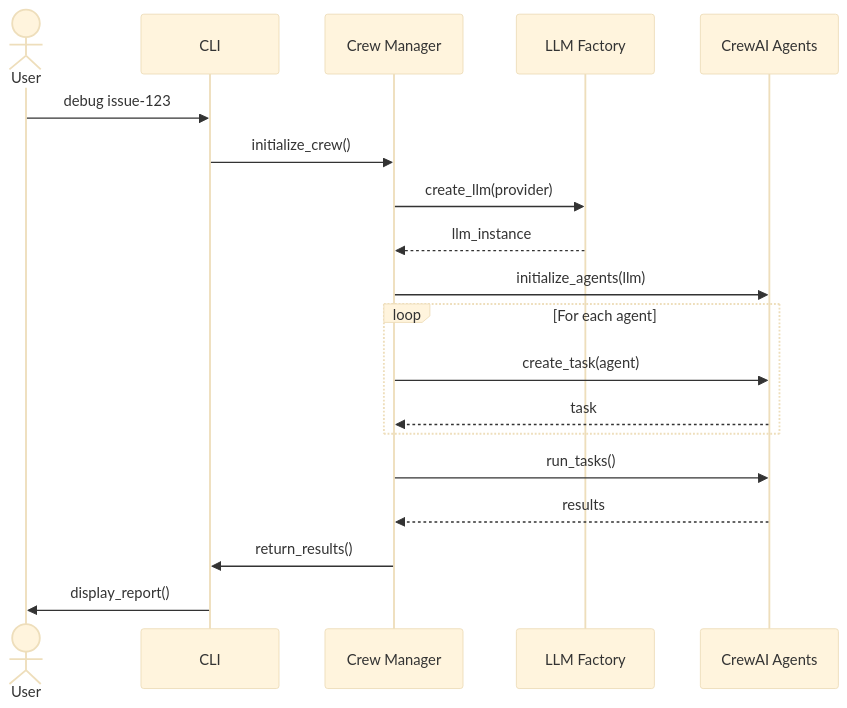
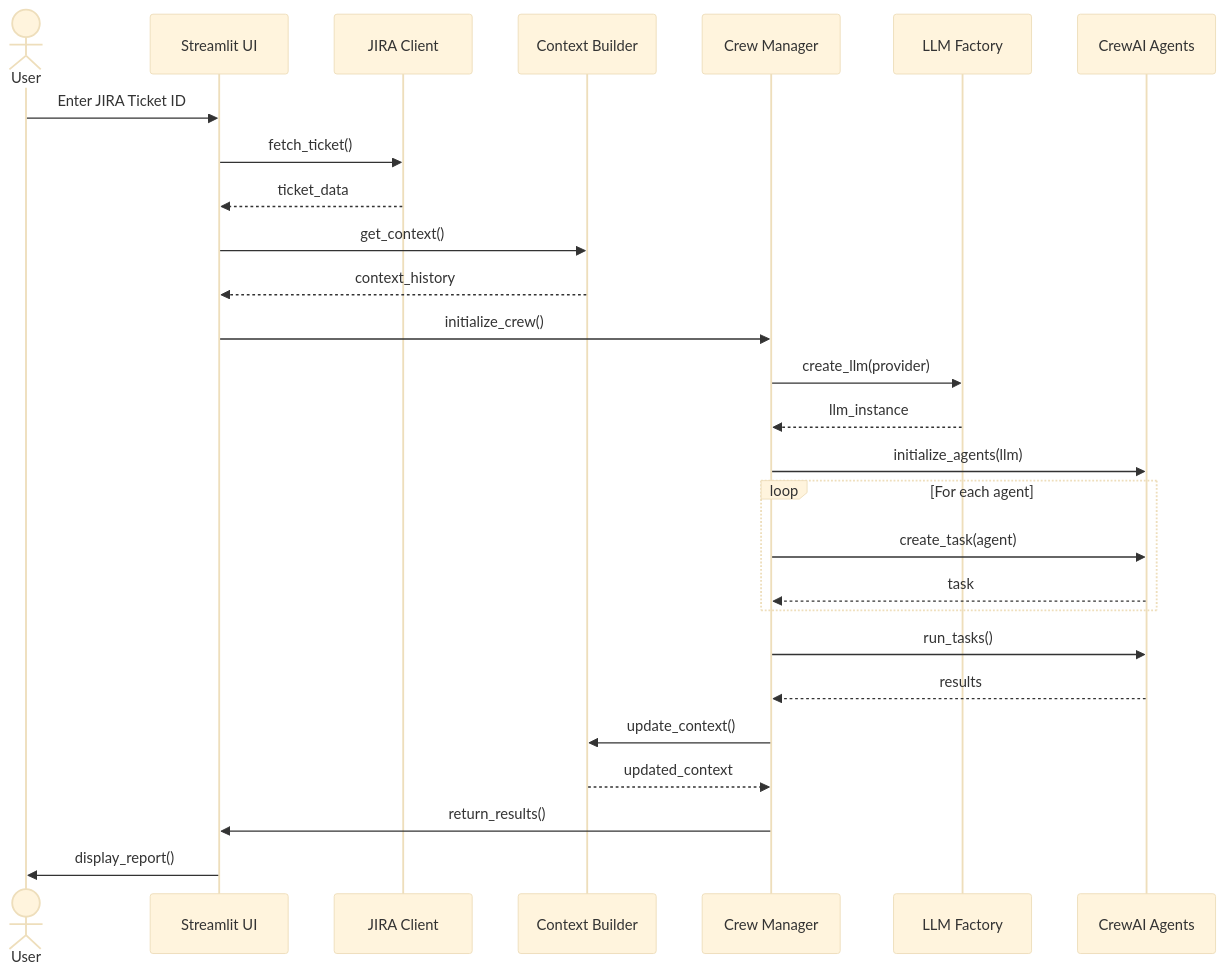
Before and after one commit to tiwari-gajendra/debugging-agent: the second of 2 diagrams in docs/architecture.md, drawn with Mermaid (base theme). The commit also changed other lines of this file and 37 other files, not shown here.

````diff
--- a/docs/architecture.md
+++ b/docs/architecture.md
@@ -115,26 +177,37 @@
 ```mermaid
 sequenceDiagram
     actor User
-    participant CLI
+    participant UI as Streamlit UI
+    participant JIRA as JIRA Client
+    participant CB as Context Builder
     participant CM as Crew Manager
     participant LF as LLM Factory
     participant Agents as CrewAI Agents
     
-    User->>CLI: debug issue-123
-    CLI->>CM: initialize_crew()
+    User->>UI: Enter JIRA Ticket ID
+    UI->>JIRA: fetch_ticket()
+    JIRA-->>UI: ticket_data
+    
+    UI->>CB: get_context()
+    CB-->>UI: context_history
+    
+    UI->>CM: initialize_crew()
     CM->>LF: create_llm(provider)
     LF-->>CM: llm_instance
     
     CM->>Agents: initialize_agents(llm)
     
     loop For each agent
         CM->>Agents: create_task(agent)
         Agents-->>CM: task
     end
     
     CM->>Agents: run_tasks()
     Agents-->>CM: results
     
-    CM->>CLI: return_results()
-    CLI->>User: display_report()
+    CM->>CB: update_context()
+    CB-->>CM: updated_context
+    
+    CM->>UI: return_results()
+    UI->>User: display_report()
 ```
````
